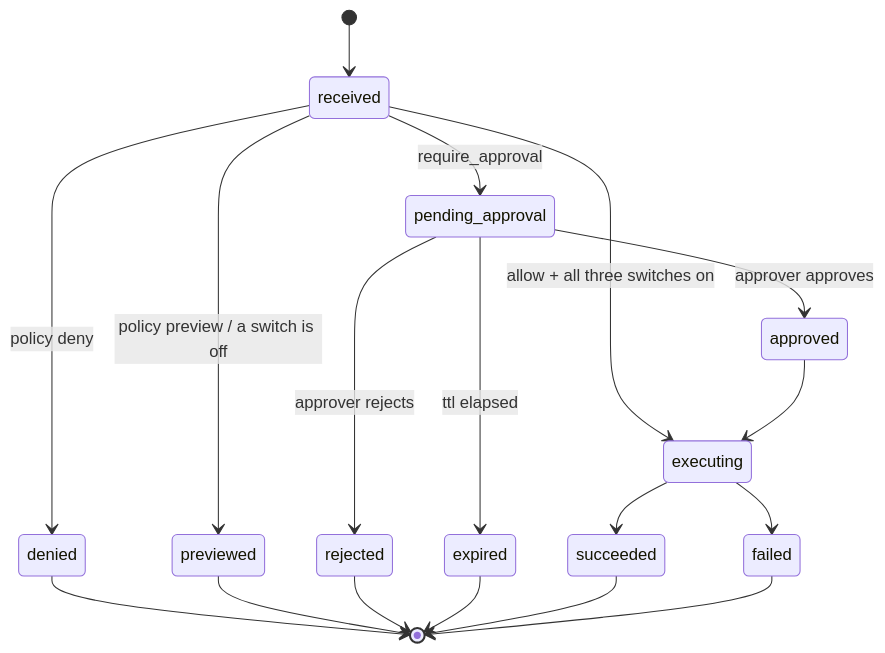
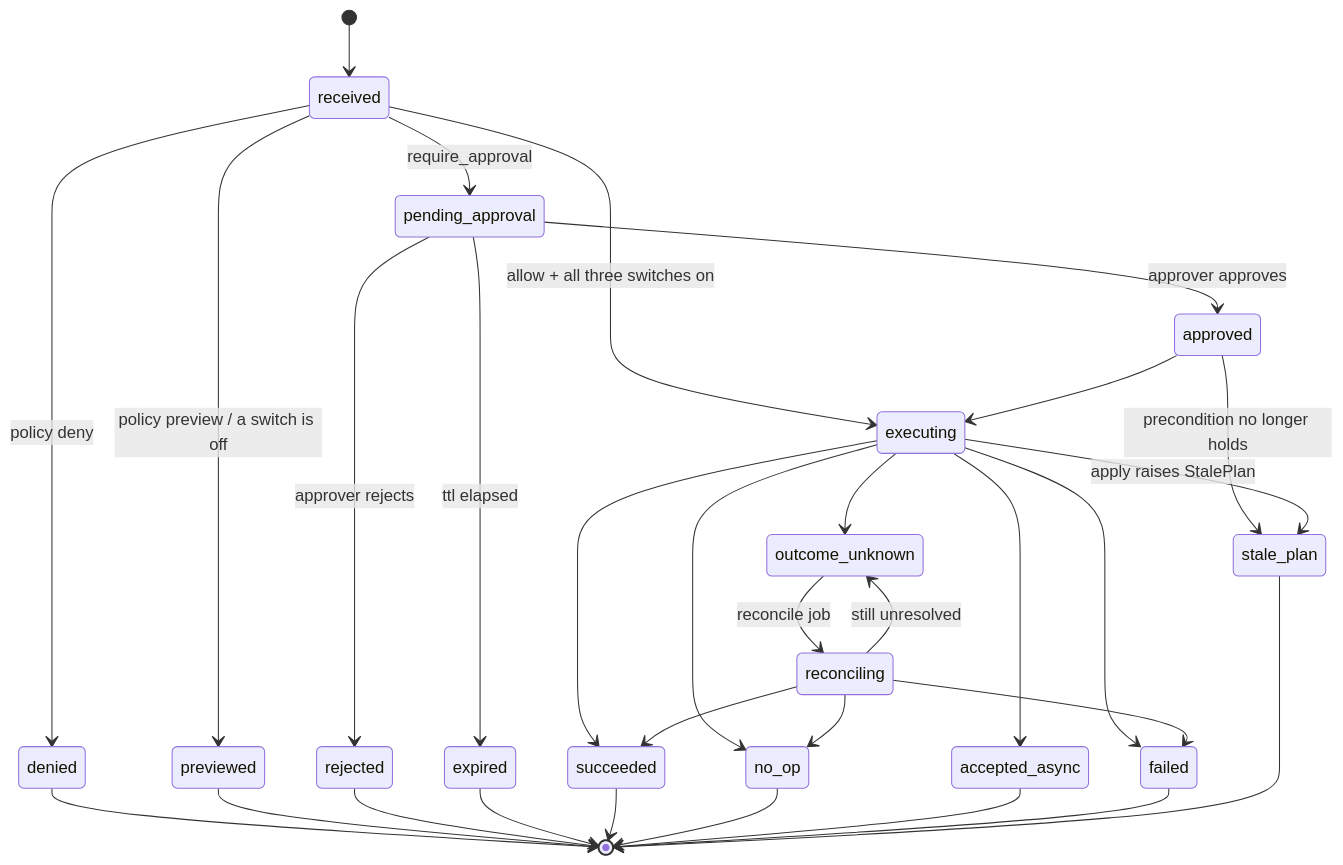
Before and after one commit to project-lambda-zero/icuhub: the sixth of 7 diagrams in docs/HLD.md, drawn with Mermaid. The commit also changed other lines of this file and 16 other files, not shown here.

````diff
--- a/docs/HLD.md
+++ b/docs/HLD.md
@@ -440,20 +467,33 @@
 ```mermaid
 stateDiagram-v2
   [*] --> received
   received --> denied: policy deny
   received --> previewed: policy preview / a switch is off
   received --> pending_approval: require_approval
   received --> executing: allow + all three switches on
   pending_approval --> approved: approver approves
   pending_approval --> rejected: approver rejects
   pending_approval --> expired: ttl elapsed
   approved --> executing
+  approved --> stale_plan: precondition no longer holds
   executing --> succeeded
+  executing --> no_op
+  executing --> accepted_async
+  executing --> outcome_unknown
   executing --> failed
+  executing --> stale_plan: apply raises StalePlan
+  outcome_unknown --> reconciling: reconcile job
+  reconciling --> succeeded
+  reconciling --> no_op
+  reconciling --> failed
+  reconciling --> outcome_unknown: still unresolved
   denied --> [*]
   previewed --> [*]
   rejected --> [*]
   expired --> [*]
   succeeded --> [*]
+  no_op --> [*]
+  accepted_async --> [*]
   failed --> [*]
+  stale_plan --> [*]
 ```
````
